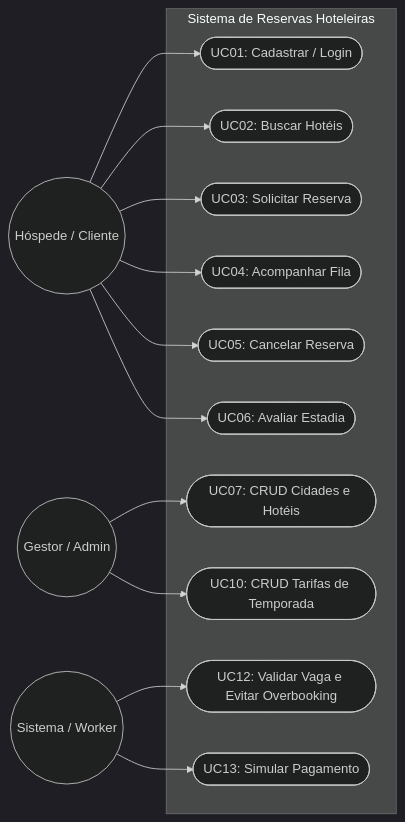
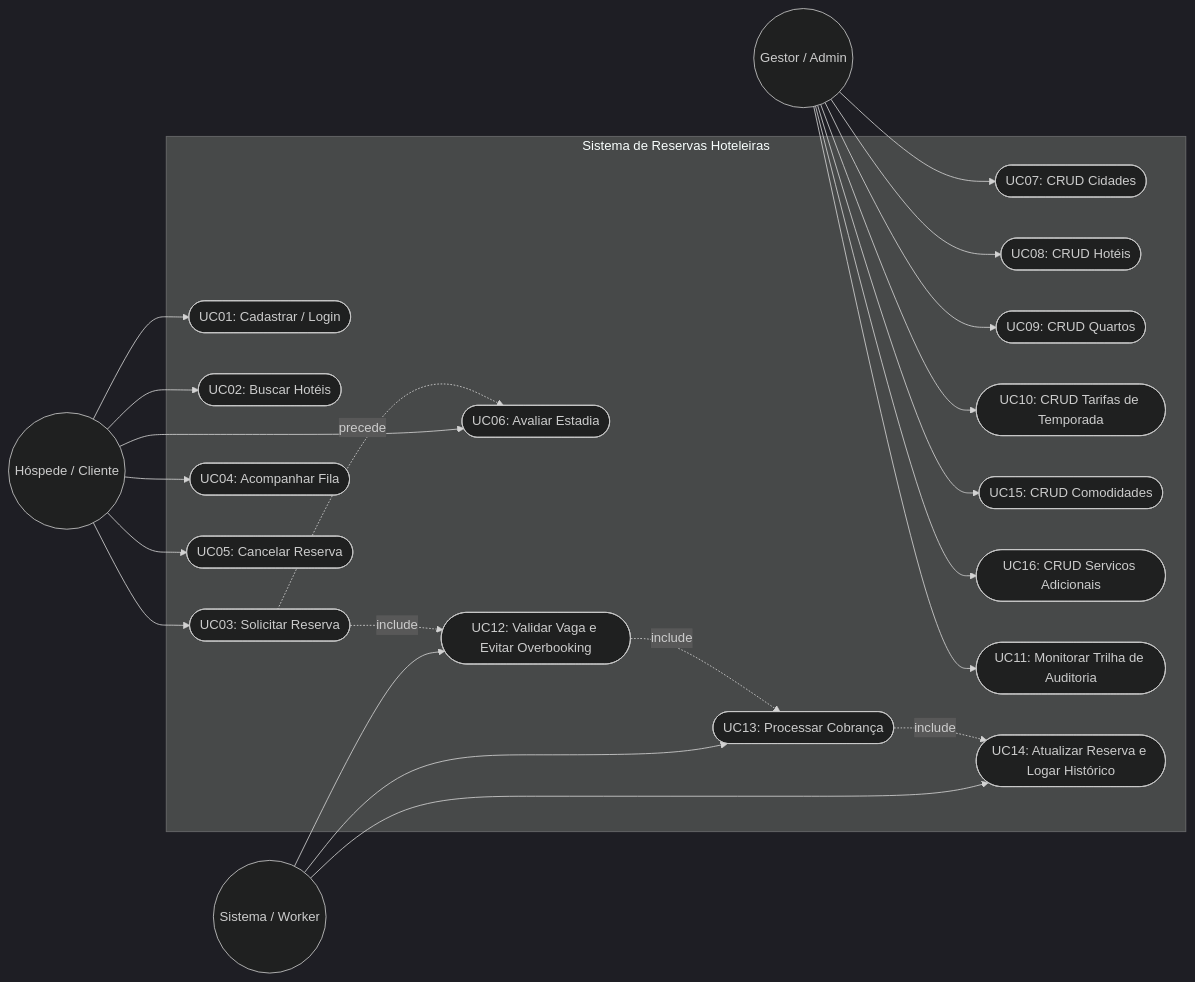
Before and after one commit to prof-ronildo-unicatolica/estagio-desenvolvimento-web: the diagram in docs/02_engenharia_software/requisitos_casos_uso.md, drawn with Mermaid (dark theme). The commit also changed other lines of this file and 4 other files, not shown here.

First line of the commit message:
docs: alinha diagramas de classes, casos de uso, sequencia e ERD

````diff
--- a/docs/02_engenharia_software/requisitos_casos_uso.md
+++ b/docs/02_engenharia_software/requisitos_casos_uso.md
@@ -95,42 +97,60 @@
 ```mermaid
 flowchart LR
     %% Atores (Representados por círculos)
     Hospede((Hóspede / Cliente))
     Gestor((Gestor / Admin))
     Sistema((Sistema / Worker))
 
     %% Limite do Sistema (System Boundary)
     subgraph SistemaReservas [Sistema de Reservas Hoteleiras]
         %% Casos de Uso do Hóspede
         UC01([UC01: Cadastrar / Login])
         UC02([UC02: Buscar Hotéis])
         UC03([UC03: Solicitar Reserva])
         UC04([UC04: Acompanhar Fila])
         UC05([UC05: Cancelar Reserva])
         UC06([UC06: Avaliar Estadia])
         
         %% Casos de Uso do Gestor
-        UC07([UC07: CRUD Cidades e Hotéis])
+        UC07([UC07: CRUD Cidades])
+        UC08([UC08: CRUD Hotéis])
+        UC09([UC09: CRUD Quartos])
         UC10([UC10: CRUD Tarifas de Temporada])
+        UC15([UC15: CRUD Comodidades])
+        UC16([UC16: CRUD Servicos Adicionais])
+        UC11([UC11: Monitorar Trilha de Auditoria])
         
         %% Casos de Uso do Worker
         UC12([UC12: Validar Vaga e Evitar Overbooking])
-        UC13([UC13: Simular Pagamento])
+        UC13([UC13: Processar Cobrança])
+        UC14([UC14: Atualizar Reserva e Logar Histórico])
     end
 
     %% Conexões do Hóspede
     Hospede --> UC01
     Hospede --> UC02
     Hospede --> UC03
     Hospede --> UC04
     Hospede --> UC05
     Hospede --> UC06
 
     %% Conexões do Gestor
     Gestor --> UC07
+    Gestor --> UC08
+    Gestor --> UC09
     Gestor --> UC10
+    Gestor --> UC15
+    Gestor --> UC16
+    Gestor --> UC11
 
     %% Conexões do Worker
     Sistema --> UC12
     Sistema --> UC13
+    Sistema --> UC14
+
+    %% Dependências entre Casos de Uso
+    UC03 -.->|include| UC12
+    UC12 -.->|include| UC13
+    UC13 -.->|include| UC14
+    UC03 -.->|precede| UC06
 ```
````
